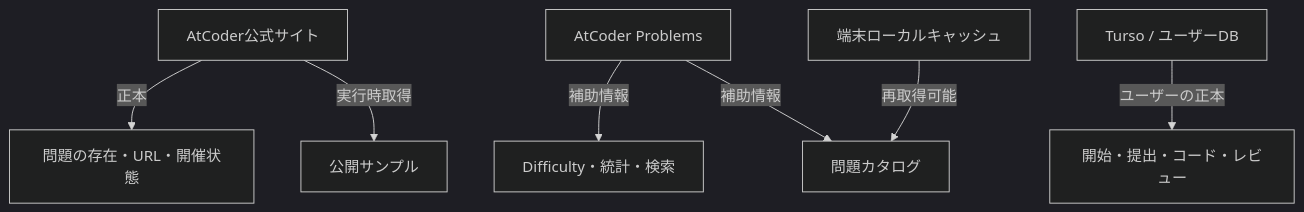
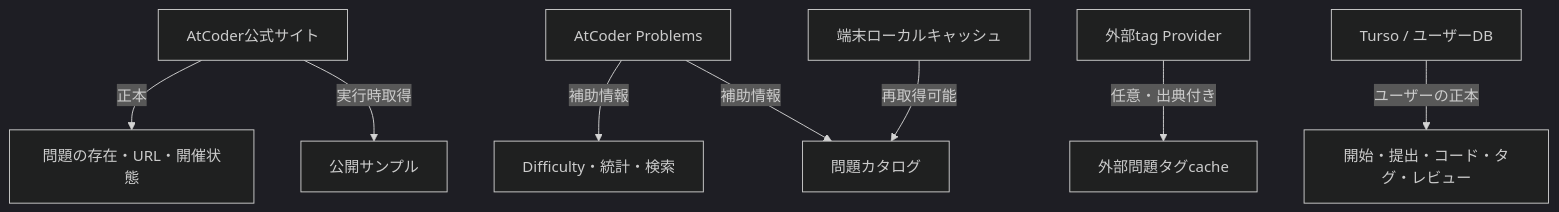
The third of 10 diagrams in docs/features/problem-selection-and-catalog.md (mgmaru/algo-loom), drawn with Mermaid (dark theme) before and after one commit. The commit also changed other lines of this file and 10 other files, not shown here.

````diff
--- a/docs/features/problem-selection-and-catalog.md
+++ b/docs/features/problem-selection-and-catalog.md
@@ -249,12 +256,14 @@
 ```mermaid
 flowchart TD
     A[AtCoder公式サイト] -->|正本| P[問題の存在・URL・開催状態]
     A -->|実行時取得| S[公開サンプル]
 
     AP[AtCoder Problems] -->|補助情報| D[Difficulty・統計・検索]
     AP -->|補助情報| L[問題カタログ]
 
-    T[Turso / ユーザーDB] -->|ユーザーの正本| U[開始・提出・コード・レビュー]
+    ET[外部tag Provider] -->|任意・出典付き| X[外部問題タグcache]
+
+    T[Turso / ユーザーDB] -->|ユーザーの正本| U[開始・提出・コード・タグ・レビュー]
 
     C[端末ローカルキャッシュ] -->|再取得可能| L
 ```
````
